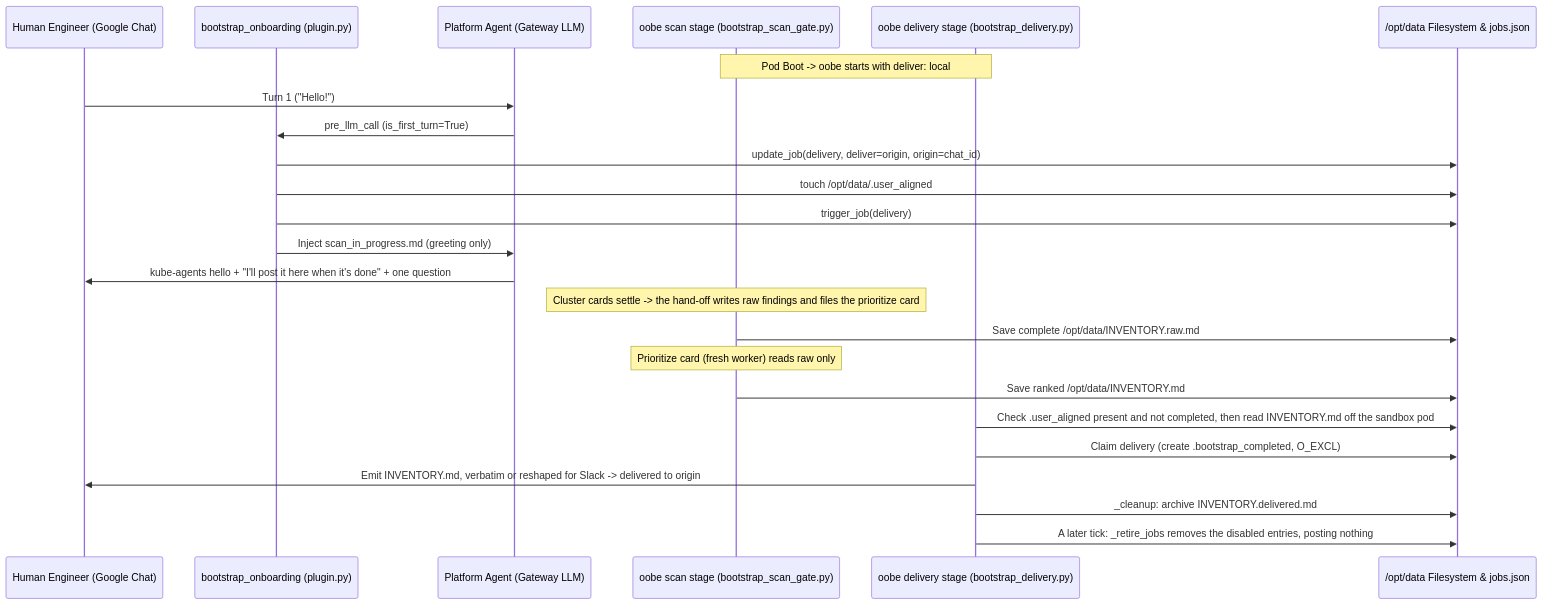
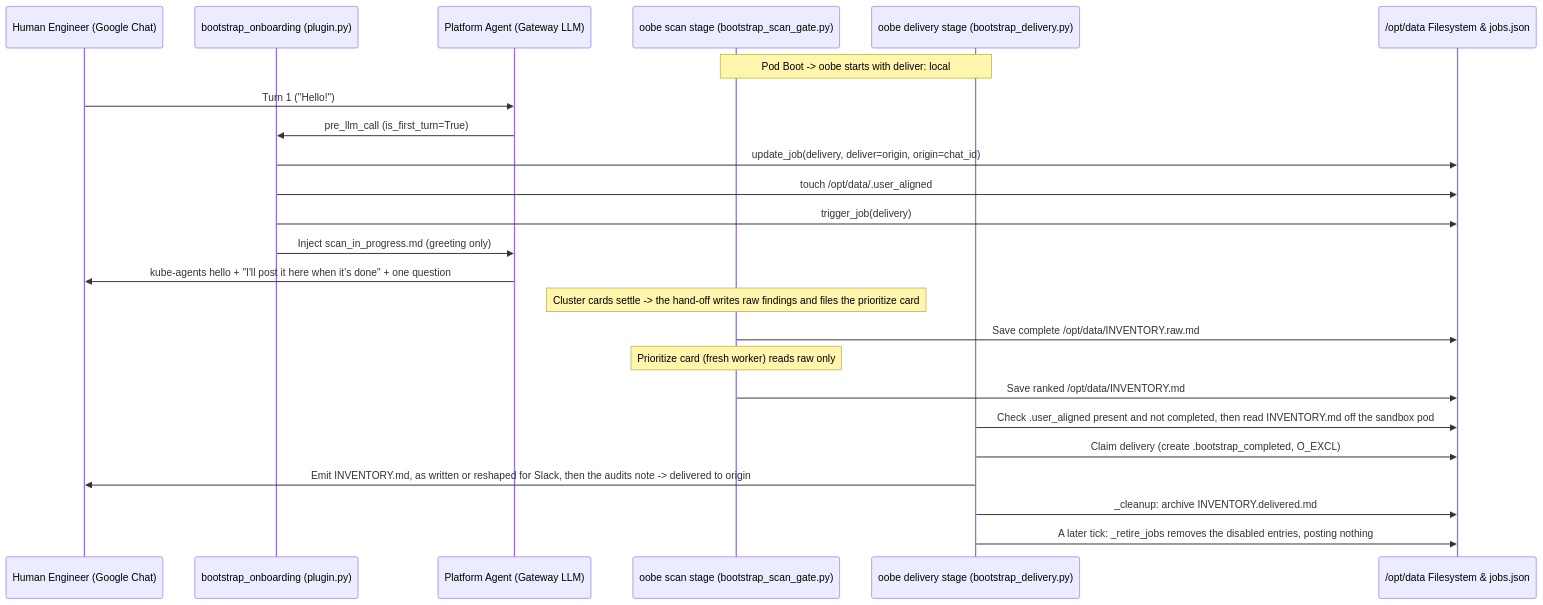
One commit to Fuxiao-Gao/kube-agents changed the second of 3 diagrams in agents/chat/defaults/plugins/bootstrap_onboarding/README.md. Above: the diagram before and after it, drawn with Mermaid. The commit also changed other lines of this file and 11 other files, not shown here.

````diff
--- a/agents/chat/defaults/plugins/bootstrap_onboarding/README.md
+++ b/agents/chat/defaults/plugins/bootstrap_onboarding/README.md
@@ -134,27 +134,27 @@
 ```mermaid
 sequenceDiagram
     participant User as Human Engineer (Google Chat)
     participant Hook as bootstrap_onboarding (plugin.py)
     participant Agent as Platform Agent (Gateway LLM)
     participant Scan as oobe scan stage (bootstrap_scan_gate.py)
     participant Deliver as oobe delivery stage (bootstrap_delivery.py)
     participant Disk as /opt/data Filesystem & jobs.json
 
     Note over Scan,Deliver: Pod Boot -> oobe starts with deliver: local
     User->>Agent: Turn 1 ("Hello!")
     Agent->>Hook: pre_llm_call (is_first_turn=True)
     Hook->>Disk: update_job(delivery, deliver=origin, origin=chat_id)
     Hook->>Disk: touch /opt/data/.user_aligned
     Hook->>Disk: trigger_job(delivery)
     Hook->>Agent: Inject scan_in_progress.md (greeting only)
     Agent->>User: kube-agents hello + "I'll post it here when it's done" + one question
     Note over Scan: Cluster cards settle -> the hand-off writes raw findings and files the prioritize card
     Scan->>Disk: Save complete /opt/data/INVENTORY.raw.md
     Note over Scan: Prioritize card (fresh worker) reads raw only
     Scan->>Disk: Save ranked /opt/data/INVENTORY.md
     Deliver->>Disk: Check .user_aligned present and not completed, then read INVENTORY.md off the sandbox pod
     Deliver->>Disk: Claim delivery (create .bootstrap_completed, O_EXCL)
-    Deliver->>User: Emit INVENTORY.md, verbatim or reshaped for Slack -> delivered to origin
+    Deliver->>User: Emit INVENTORY.md, as written or reshaped for Slack, then the audits note -> delivered to origin
     Deliver->>Disk: _cleanup: archive INVENTORY.delivered.md
     Deliver->>Disk: A later tick: _retire_jobs removes the disabled entries, posting nothing
 ```
````
